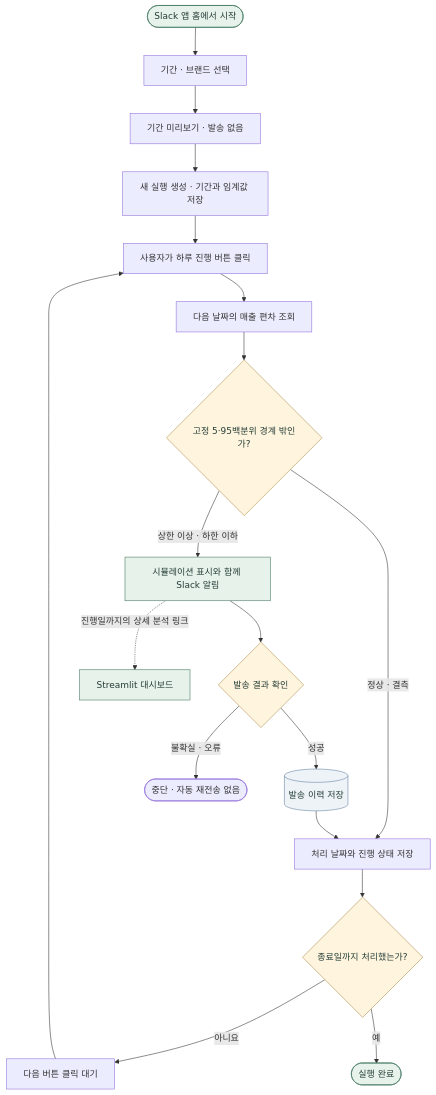
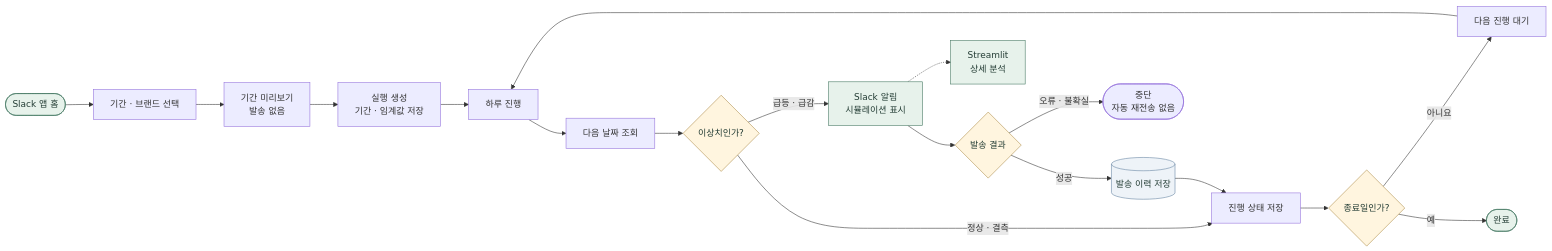
The third of 3 diagrams in README.md (jshdata/convenience-store-sales-analysis), drawn with Mermaid before and after one commit.

Commit message:
docs: make simulation diagram horizontal

````diff
--- a/README.md
+++ b/README.md
@@ -161,27 +161,27 @@
 ```mermaid
-flowchart TD
-    Start([Slack 앱 홈에서 시작]) --> Select[기간 · 브랜드 선택]
-    Select --> Preview[기간 미리보기 · 발송 없음]
-    Preview --> Create[새 실행 생성 · 기간과 임계값 저장]
-    Create --> Click[사용자가 하루 진행 버튼 클릭]
-    Click --> Read[다음 날짜의 매출 편차 조회]
-    Read --> Check{고정 5·95백분위 경계 밖인가?}
-    Check -->|상한 이상 · 하한 이하| Send[시뮬레이션 표시와 함께 Slack 알림]
-    Check -->|정상 · 결측| Progress[처리 날짜와 진행 상태 저장]
-    Send --> Result{발송 결과 확인}
+flowchart LR
+    Start([Slack 앱 홈]) --> Select[기간 · 브랜드 선택]
+    Select --> Preview[기간 미리보기<br/>발송 없음]
+    Preview --> Create[실행 생성<br/>기간 · 임계값 저장]
+    Create --> Click[하루 진행]
+    Click --> Read[다음 날짜 조회]
+    Read --> Check{이상치인가?}
+    Check -->|급등 · 급감| Send[Slack 알림<br/>시뮬레이션 표시]
+    Check -->|정상 · 결측| Progress[진행 상태 저장]
+    Send --> Result{발송 결과}
     Result -->|성공| Receipt[(발송 이력 저장)]
     Receipt --> Progress
-    Result -->|불확실 · 오류| Stop([중단 · 자동 재전송 없음])
-    Progress --> End{종료일까지 처리했는가?}
-    End -->|아니요| Wait[다음 버튼 클릭 대기]
+    Result -->|오류 · 불확실| Stop([중단<br/>자동 재전송 없음])
+    Progress --> End{종료일인가?}
+    End -->|아니요| Wait[다음 진행 대기]
     Wait --> Click
-    End -->|예| Done([실행 완료])
-    Send -.->|진행일까지의 상세 분석 링크| Dashboard[Streamlit 대시보드]
+    End -->|예| Done([완료])
+    Send -.-> Dashboard[Streamlit<br/>상세 분석]
 
     classDef data fill:#eef3f8,stroke:#6482a0,color:#243d35
     classDef decision fill:#fff5df,stroke:#ad8c48,color:#243d35
     classDef screen fill:#e7f2eb,stroke:#447761,color:#243d35
     class Receipt data
     class Check,Result,End decision
     class Start,Send,Dashboard,Done screen
 ```
````
